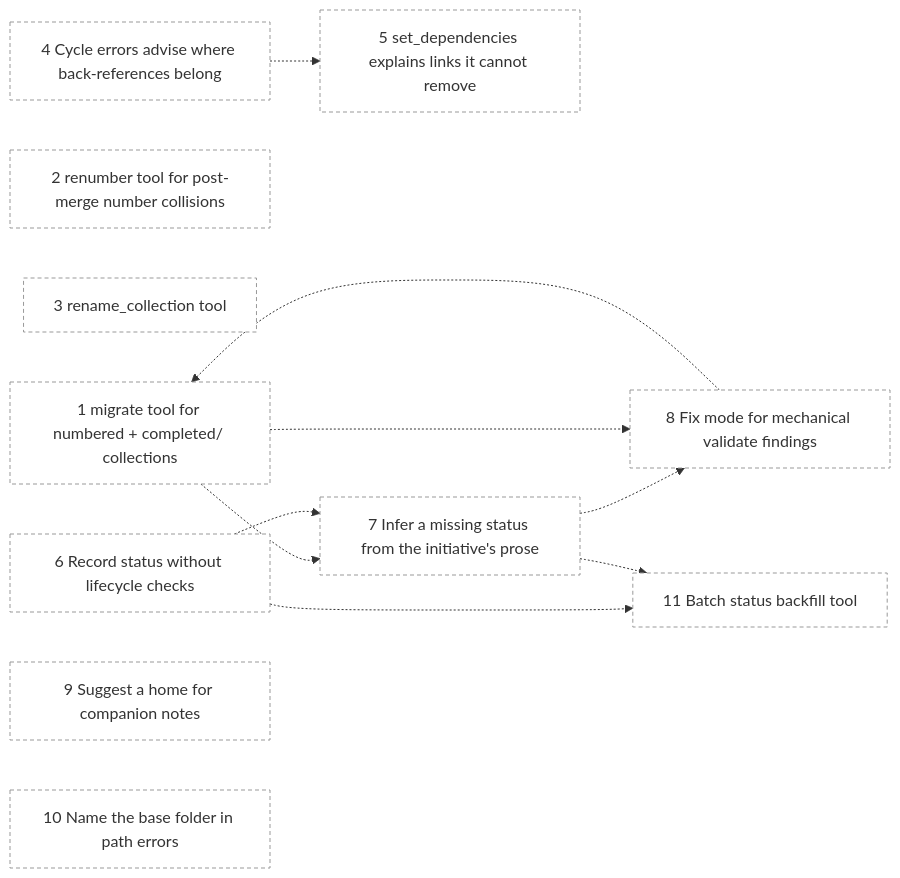
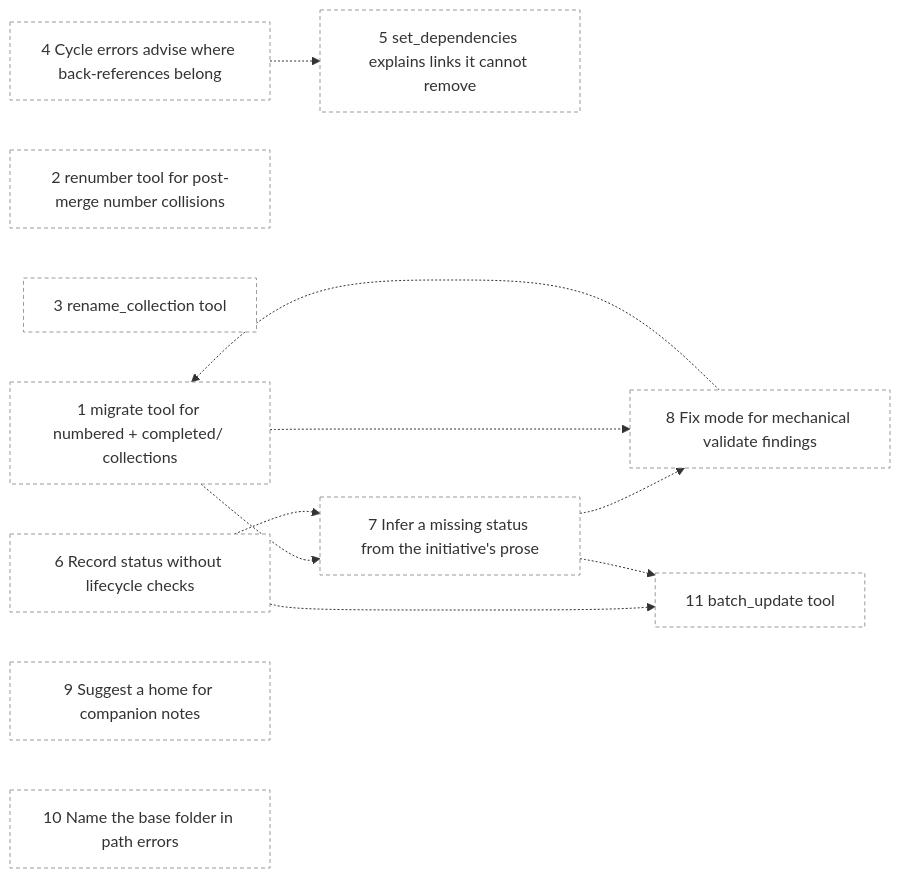
One commit to duckAsteroid/brindley changed the diagram in initiatives/README.md. Above: the diagram before and after it, drawn with Mermaid. The commit also changed other lines of this file and 4 other files, not shown here.

````diff
--- a/initiatives/README.md
+++ b/initiatives/README.md
@@ -36,28 +36,28 @@
 ```mermaid
 flowchart LR
   n1["1 migrate tool for numbered + completed/ collections"]:::draft
   n2["2 renumber tool for post-merge number collisions"]:::draft
   n3["3 rename_collection tool"]:::draft
   n4["4 Cycle errors advise where back-references belong"]:::draft
   n5["5 set_dependencies explains links it cannot remove"]:::draft
   n6["6 Record status without lifecycle checks"]:::draft
   n7["7 Infer a missing status from the initiative's prose"]:::draft
   n8["8 Fix mode for mechanical validate findings"]:::draft
   n9["9 Suggest a home for companion notes"]:::draft
   n10["10 Name the base folder in path errors"]:::draft
-  n11["11 Batch status backfill tool"]:::draft
+  n11["11 batch_update tool"]:::draft
   n8 -.-> n1
   n4 -.-> n5
   n1 -.-> n7
   n6 -.-> n7
   n7 -.-> n8
   n1 -.-> n8
   n6 -.-> n11
   n7 -.-> n11
   classDef done fill:#e6e6e6,color:#777,stroke:#bbb
   classDef draft fill:#fff,stroke:#999,stroke-dasharray:4 3
   classDef designed fill:#e8f0fe,stroke:#4a7bd0
   classDef ready fill:#d9f2e3,stroke:#2e8b57,stroke-width:2px
   classDef inprogress fill:#fff4d6,stroke:#d49a00,stroke-width:2px
   classDef external fill:#fafafa,stroke:#999
 ```
````
